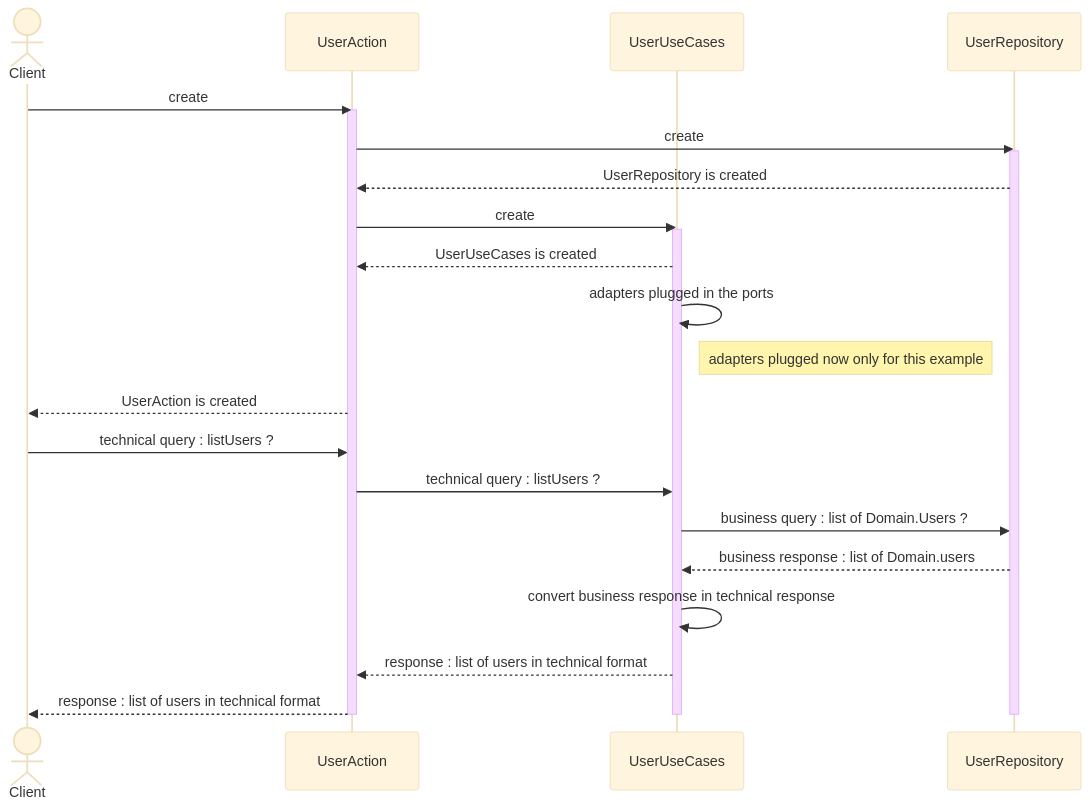
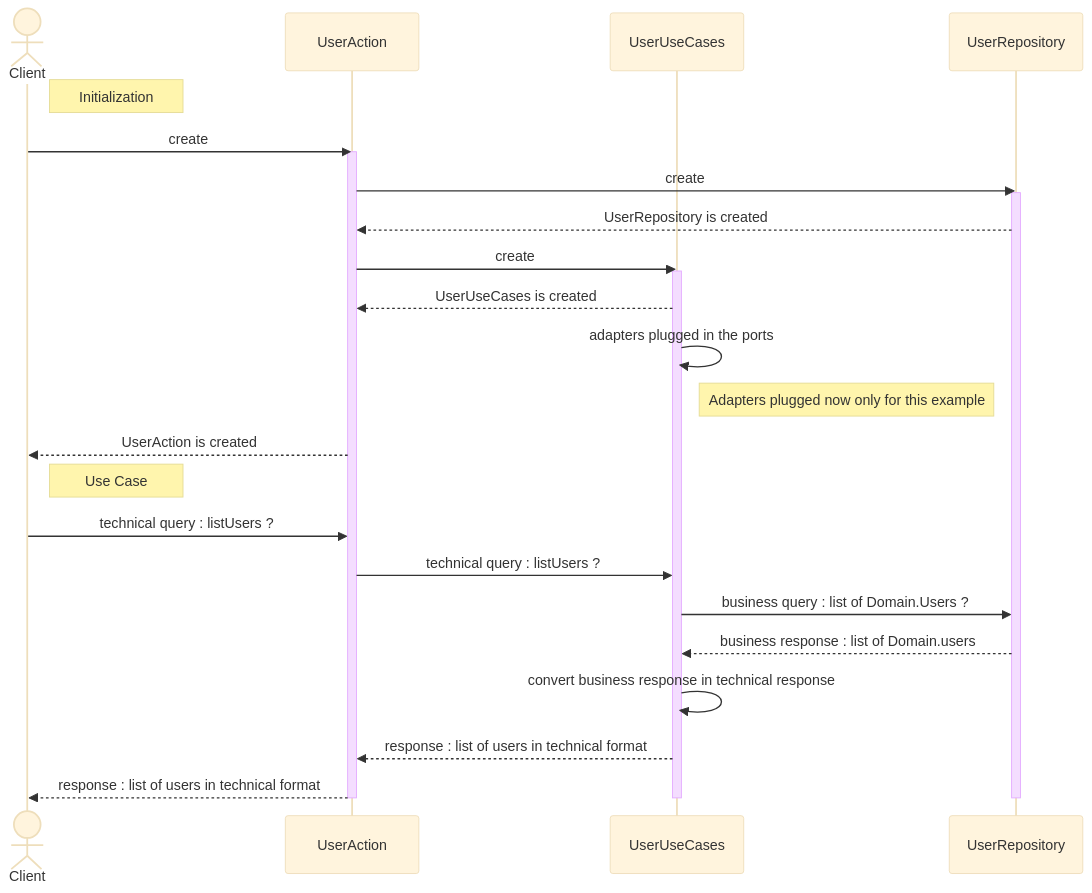
One commit to jeandi7/hexagonal_part2 changed the diagram in README.md. Above: the diagram before and after it, drawn with Mermaid (base theme).

````diff
--- a/README.md
+++ b/README.md
@@ -16,30 +16,32 @@
 ```mermaid
 sequenceDiagram
 actor Client
 participant UserAction
 participant UserUseCases
 participant UserRepository
 
+Note right of Client : Initialization
 Client ->>UserAction : create
 activate UserAction
 UserAction ->>UserRepository : create
 activate UserRepository
 UserRepository -->>UserAction : UserRepository is created
 UserAction ->>UserUseCases : create
 activate UserUseCases
 UserUseCases -->>UserAction : UserUseCases is created
 UserUseCases ->>UserUseCases : adapters plugged in the ports
-Note right of UserUseCases : adapters plugged now only for this example
+Note right of UserUseCases : Adapters plugged now only for this example
 UserAction -->>Client: UserAction is created
+Note right of Client : Use Case
 Client ->>UserAction : technical query : listUsers ?
 UserAction ->>UserUseCases : technical query : listUsers ?
 UserUseCases  ->>UserRepository : business query : list of Domain.Users ?
 UserRepository -->>UserUseCases : business response : list of Domain.users
 UserUseCases ->>UserUseCases : convert business response in technical response
 UserUseCases -->>UserAction : response : list of users in technical format
 UserAction -->>Client : response : list of users in technical format
 deactivate UserAction
 deactivate UserRepository
 deactivate UserUseCases
 
 ```
````
